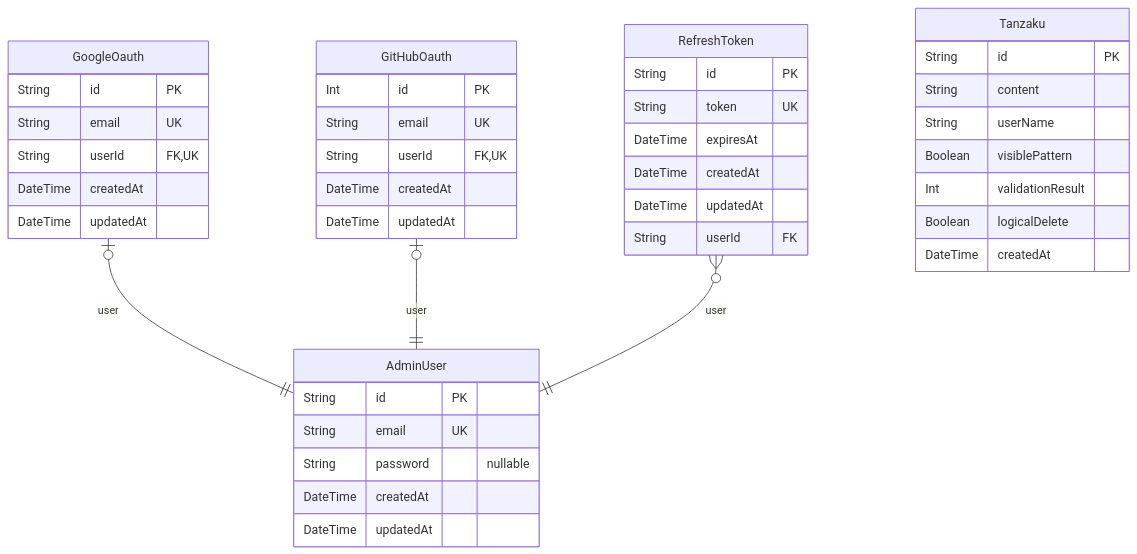
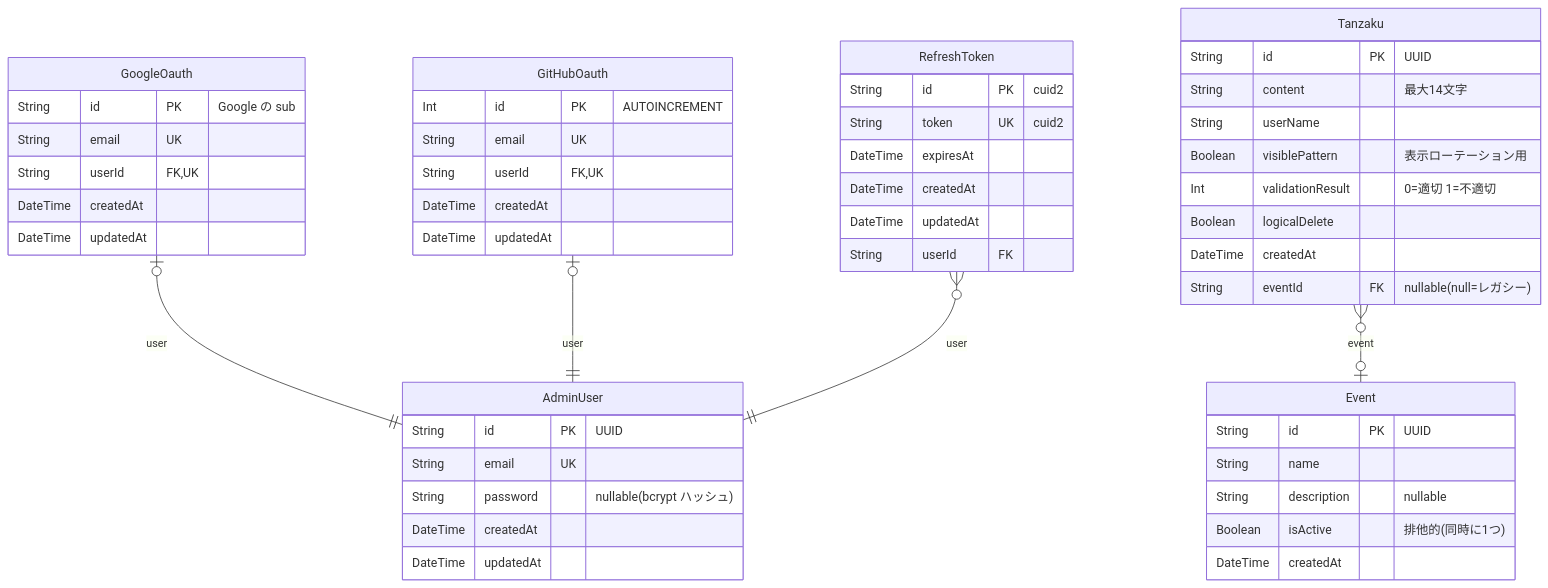
The diagram in docs/ERD.md (itl-marubu/tanzakuv2), drawn with Mermaid before and after one commit. The commit also changed other lines of this file and 1 other file, not shown here.

Commit message:
docs: README をレイヤードアーキテクチャ構成に合わせて全面更新、ERD に Event/Tanzaku の関係を反映

````diff
--- a/docs/ERD.md
+++ b/docs/ERD.md
@@ -7,44 +5,53 @@
 ```mermaid
 erDiagram
 "AdminUser" {
-  String id PK
+  String id PK "UUID"
   String email UK
-  String password "nullable"
+  String password "nullable(bcrypt ハッシュ)"
   DateTime createdAt
   DateTime updatedAt
 }
 "GoogleOauth" {
-  String id PK
+  String id PK "Google の sub"
   String email UK
   String userId FK,UK
   DateTime createdAt
   DateTime updatedAt
 }
 "GitHubOauth" {
-  Int id PK
+  Int id PK "AUTOINCREMENT"
   String email UK
   String userId FK,UK
   DateTime createdAt
   DateTime updatedAt
 }
 "RefreshToken" {
-  String id PK
-  String token UK
+  String id PK "cuid2"
+  String token UK "cuid2"
   DateTime expiresAt
   DateTime createdAt
   DateTime updatedAt
   String userId FK
 }
+"Event" {
+  String id PK "UUID"
+  String name
+  String description "nullable"
+  Boolean isActive "排他的(同時に1つ)"
+  DateTime createdAt
+}
 "Tanzaku" {
-  String id PK
-  String content
+  String id PK "UUID"
+  String content "最大14文字"
   String userName
-  Boolean visiblePattern
-  Int validationResult
+  Boolean visiblePattern "表示ローテーション用"
+  Int validationResult "0=適切 1=不適切"
   Boolean logicalDelete
   DateTime createdAt
+  String eventId FK "nullable(null=レガシー)"
 }
 "GoogleOauth" |o--|| "AdminUser" : user
 "GitHubOauth" |o--|| "AdminUser" : user
 "RefreshToken" }o--|| "AdminUser" : user
+"Tanzaku" }o--o| "Event" : event
 ```
````
